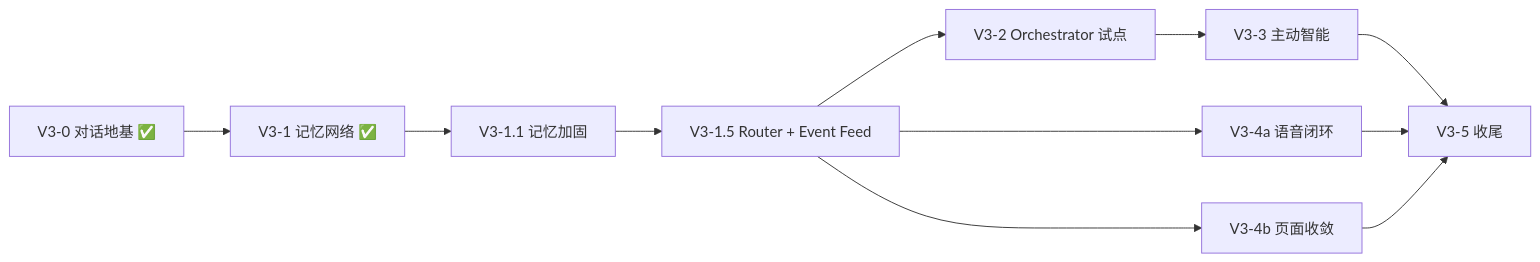
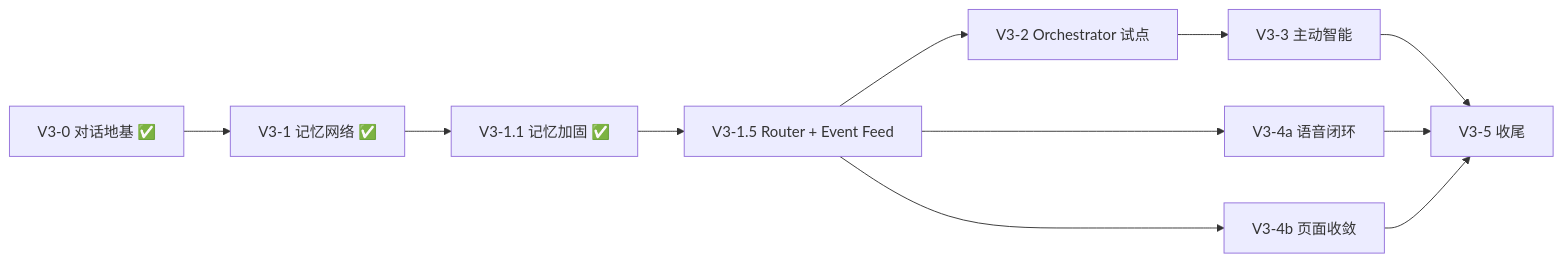
The second of 2 diagrams in docs/JARVIS_OS_V3_PLAN.md (Lyb-L-dev/jarvis-os), drawn with Mermaid before and after one commit. The commit also changed other lines of this file and 8 other files, not shown here.

````diff
--- a/docs/JARVIS_OS_V3_PLAN.md
+++ b/docs/JARVIS_OS_V3_PLAN.md
@@ -299,13 +299,13 @@
 ```mermaid
 flowchart LR
     A["V3-0 对话地基 ✅"] --> B["V3-1 记忆网络 ✅"]
-    B --> C["V3-1.1 记忆加固"]
+    B --> C["V3-1.1 记忆加固 ✅"]
     C --> D["V3-1.5 Router + Event Feed"]
     D --> E["V3-2 Orchestrator 试点"]
     E --> F["V3-3 主动智能"]
     D --> G["V3-4a 语音闭环"]
     D --> H["V3-4b 页面收敛"]
     F --> I["V3-5 收尾"]
     G --> I
     H --> I
 ```
````
